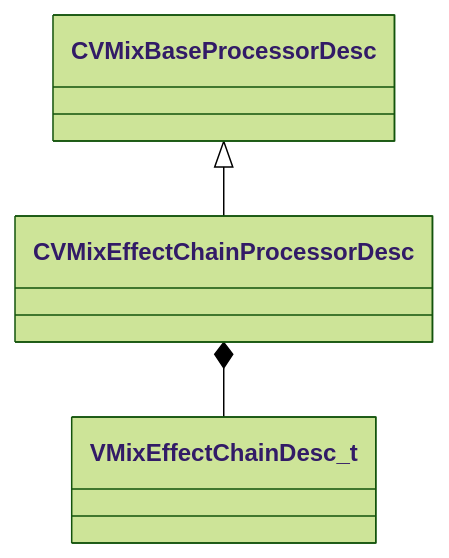
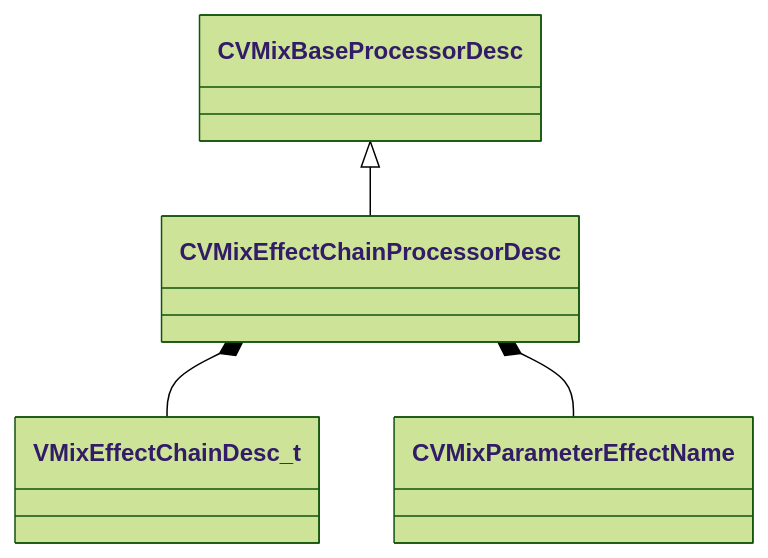
One commit to CS2OpenDev/CS2OpenDev-Docs changed the diagram in docs/generated/schemas/soundsystem_lowlevel/CVMixEffectChainProcessorDesc.md. Above: the diagram before and after it, drawn with Mermaid (forest theme). The commit also changed other lines of this file and 4654 other files, not shown here.

Commit message:
docs: regenerate for SchemaTracker build 25947352 [skip ci]

````diff
--- a/docs/generated/schemas/soundsystem_lowlevel/CVMixEffectChainProcessorDesc.md
+++ b/docs/generated/schemas/soundsystem_lowlevel/CVMixEffectChainProcessorDesc.md
@@ -19,5 +19,6 @@
 ```mermaid
 classDiagram
     CVMixBaseProcessorDesc <|-- CVMixEffectChainProcessorDesc
     CVMixEffectChainProcessorDesc *-- VMixEffectChainDesc_t
+    CVMixEffectChainProcessorDesc *-- CVMixParameterEffectName
 ```
````
